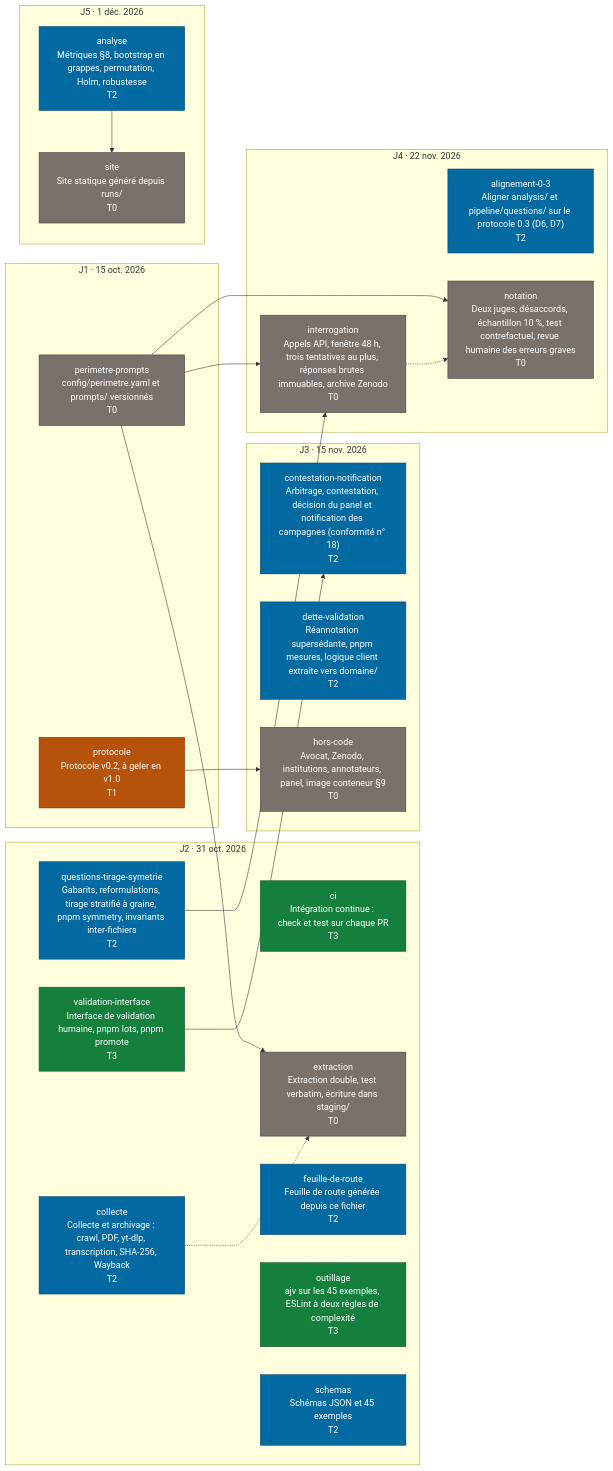
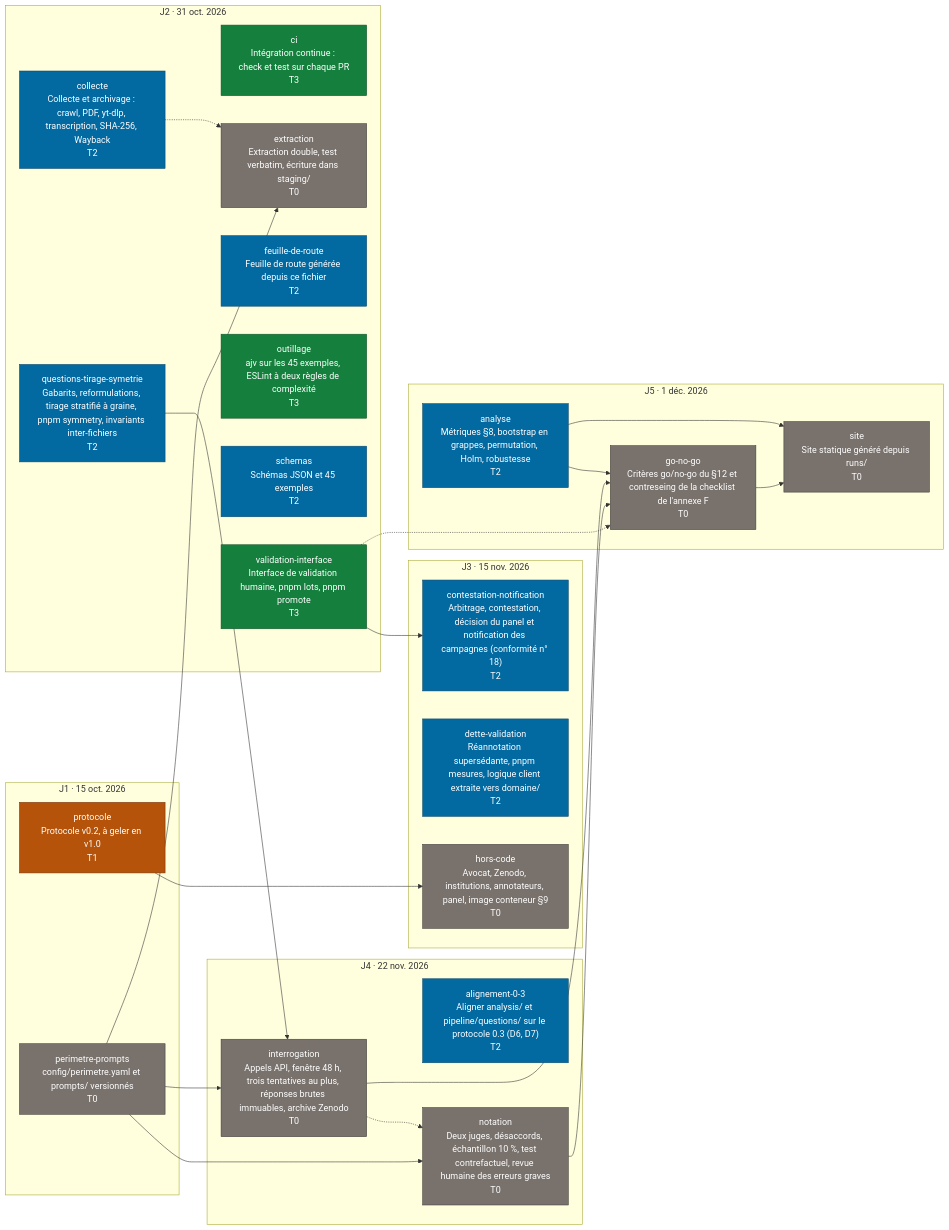
Before and after one commit to AzurNow/DEMOCRACIE_2027: the diagram in docs/FEUILLE-DE-ROUTE.md, drawn with Mermaid. The commit also changed other lines of this file and 3 other files, not shown here.

````diff
--- a/docs/FEUILLE-DE-ROUTE.md
+++ b/docs/FEUILLE-DE-ROUTE.md
@@ -59,46 +59,52 @@
 ```mermaid
 flowchart LR
   subgraph jalon_J1["J1 · 15 oct. 2026"]
     lot_perimetre_prompts["perimetre-prompts<br/>config/perimetre.yaml et prompts/ versionnés<br/>T0"]:::T0
     lot_protocole["protocole<br/>Protocole v0.2, à geler en v1.0<br/>T1"]:::T1
   end
   subgraph jalon_J2["J2 · 31 oct. 2026"]
     lot_ci["ci<br/>Intégration continue : check et test sur chaque PR<br/>T3"]:::T3
     lot_collecte["collecte<br/>Collecte et archivage : crawl, PDF, yt-dlp, transcription, SHA-256, Wayback<br/>T2"]:::T2
     lot_extraction["extraction<br/>Extraction double, test verbatim, écriture dans staging/<br/>T0"]:::T0
     lot_feuille_de_route["feuille-de-route<br/>Feuille de route générée depuis ce fichier<br/>T2"]:::T2
     lot_outillage["outillage<br/>ajv sur les 45 exemples, ESLint à deux règles de complexité<br/>T3"]:::T3
     lot_questions_tirage_symetrie["questions-tirage-symetrie<br/>Gabarits, reformulations, tirage stratifié à graine, pnpm symmetry, invariants inter-fichiers<br/>T2"]:::T2
     lot_schemas["schemas<br/>Schémas JSON et 45 exemples<br/>T2"]:::T2
     lot_validation_interface["validation-interface<br/>Interface de validation humaine, pnpm lots, pnpm promote<br/>T3"]:::T3
   end
   subgraph jalon_J3["J3 · 15 nov. 2026"]
     lot_contestation_notification["contestation-notification<br/>Arbitrage, contestation, décision du panel et notification des campagnes (conformité n° 18)<br/>T2"]:::T2
     lot_dette_validation["dette-validation<br/>Réannotation supersédante, pnpm mesures, logique client extraite vers domaine/<br/>T2"]:::T2
     lot_hors_code["hors-code<br/>Avocat, Zenodo, institutions, annotateurs, panel, image conteneur §9<br/>T0"]:::T0
   end
   subgraph jalon_J4["J4 · 22 nov. 2026"]
     lot_alignement_0_3["alignement-0-3<br/>Aligner analysis/ et pipeline/questions/ sur le protocole 0.3 (D6, D7)<br/>T2"]:::T2
     lot_interrogation["interrogation<br/>Appels API, fenêtre 48 h, trois tentatives au plus, réponses brutes immuables, archive Zenodo<br/>T0"]:::T0
     lot_notation["notation<br/>Deux juges, désaccords, échantillon 10 %, test contrefactuel, revue humaine des erreurs graves<br/>T0"]:::T0
   end
   subgraph jalon_J5["J5 · 1 déc. 2026"]
     lot_analyse["analyse<br/>Métriques §8, bootstrap en grappes, permutation, Holm, robustesse<br/>T2"]:::T2
+    lot_go_no_go["go-no-go<br/>Critères go/no-go du §12 et contreseing de la checklist de l'annexe F<br/>T0"]:::T0
     lot_site["site<br/>Site statique généré depuis runs/<br/>T0"]:::T0
   end
   lot_validation_interface --> lot_contestation_notification
   lot_collecte -.-> lot_extraction
   lot_perimetre_prompts --> lot_extraction
+  lot_analyse --> lot_go_no_go
+  lot_interrogation --> lot_go_no_go
+  lot_notation --> lot_go_no_go
+  lot_validation_interface -.-> lot_go_no_go
   lot_protocole --> lot_hors_code
   lot_perimetre_prompts --> lot_interrogation
   lot_questions_tirage_symetrie --> lot_interrogation
   lot_interrogation -.-> lot_notation
   lot_perimetre_prompts --> lot_notation
   lot_analyse --> lot_site
+  lot_go_no_go --> lot_site
   classDef T0 fill:#78716c,color:#ffffff,stroke:#44403c
   classDef T1 fill:#b45309,color:#ffffff,stroke:#78350f
   classDef T2 fill:#0369a1,color:#ffffff,stroke:#0c4a6e
   classDef T3 fill:#15803d,color:#ffffff,stroke:#14532d
   classDef T4 fill:#1d4ed8,color:#ffffff,stroke:#1e3a8a
   classDef decision fill:#b91c1c,color:#ffffff,stroke:#7f1d1d
 ```
````
